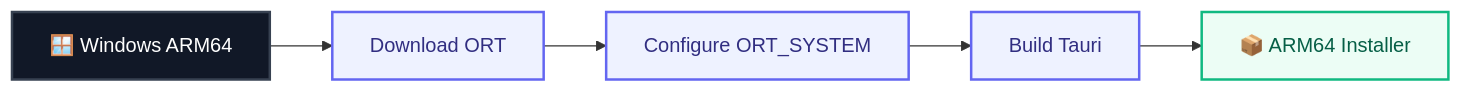
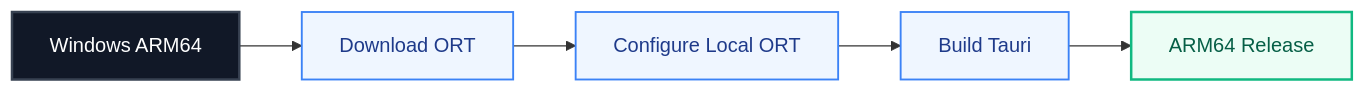
One commit to autotask05-pixel/quicktasksdesktopv3 changed the eighth of 8 diagrams in README.md. Above: the diagram before and after it, drawn with Mermaid. The commit also changed other lines of this file, not shown here.

````diff
--- a/README.md
+++ b/README.md
@@ -309,15 +333,15 @@
 ```mermaid
 flowchart LR
-    A["🪟 Windows ARM64"] --> B["Download ORT"]
-    B --> C["Configure ORT_SYSTEM"]
+    A["Windows ARM64"] --> B["Download ORT"]
+    B --> C["Configure Local ORT"]
     C --> D["Build Tauri"]
-    D --> E["📦 ARM64 Installer"]
+    D --> E["ARM64 Release"]
 
-    classDef platform fill:#111827,color:#fff,stroke:#374151,stroke-width:2px
-    classDef process fill:#eef2ff,color:#312e81,stroke:#6366f1,stroke-width:2px
+    classDef entry fill:#111827,color:#ffffff,stroke:#374151,stroke-width:2px
+    classDef system fill:#eff6ff,color:#1e3a8a,stroke:#3b82f6,stroke-width:1.5px
     classDef output fill:#ecfdf5,color:#065f46,stroke:#10b981,stroke-width:2px
 
-    class A platform
-    class B,C,D process
+    class A entry
+    class B,C,D system
     class E output
 ```
````
